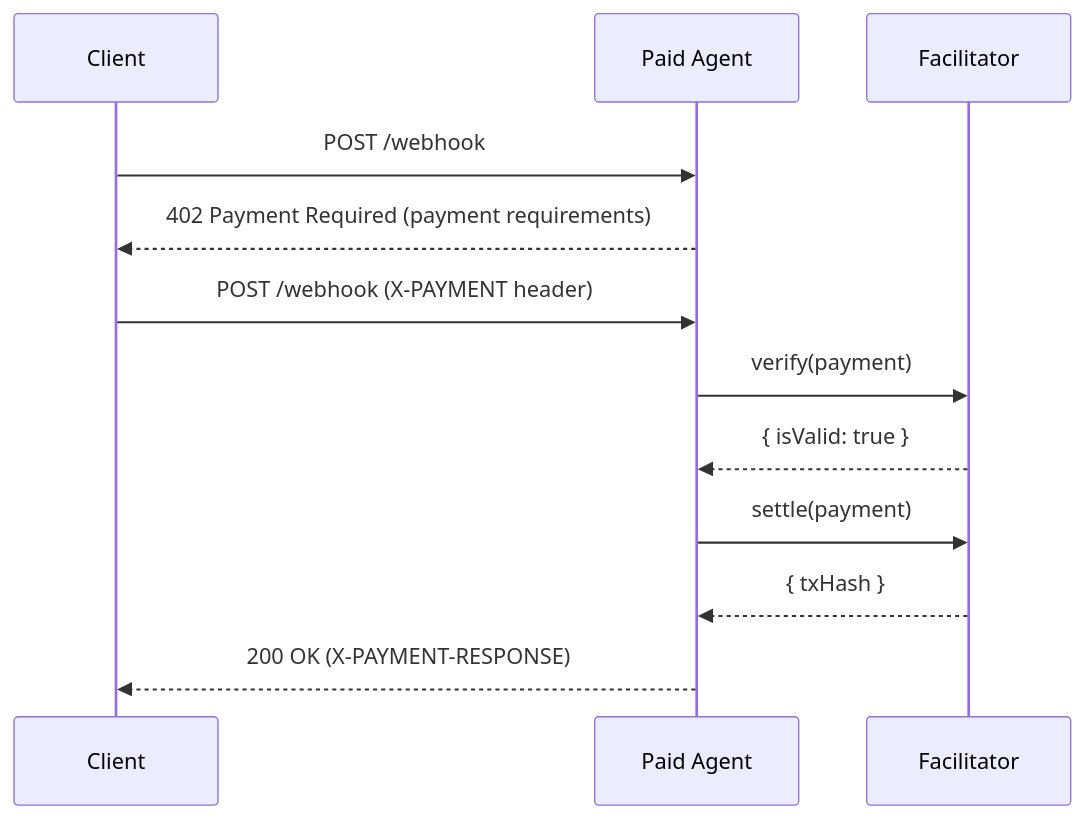
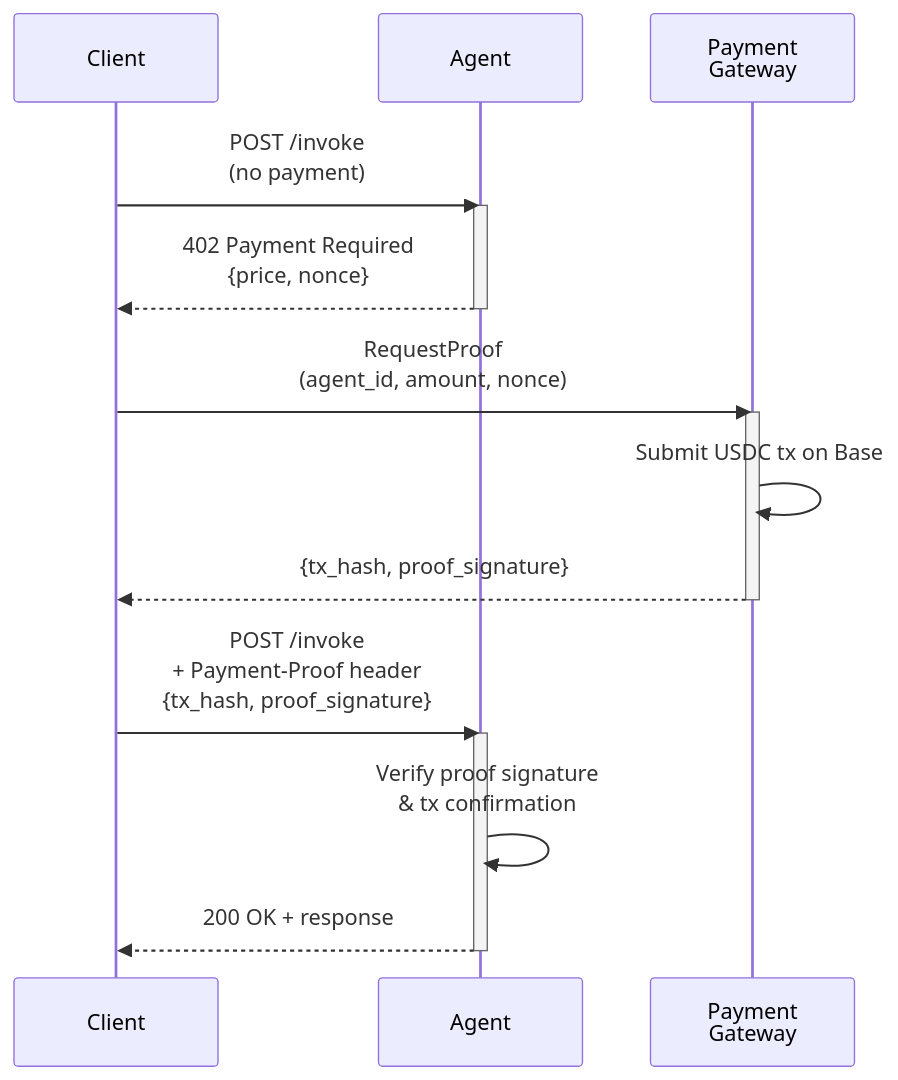
The second of 2 diagrams in guide/architecture.md (zyndai/docs), drawn with Mermaid before and after one commit. The commit also changed other lines of this file and 35 other files, not shown here.

First line of the commit message:
Rewrite docs for new decentralized architecture

````diff
--- a/guide/architecture.md
+++ b/guide/architecture.md
@@ -48,15 +233,23 @@
 ```mermaid
 sequenceDiagram
-    participant C as Client
-    participant A as Paid Agent
-    participant F as Facilitator
+    participant Client
+    participant Agent
+    participant PaymentGateway as Payment<br/>Gateway
 
-    C->>A: POST /webhook
-    A-->>C: 402 Payment Required (payment requirements)
-    C->>A: POST /webhook (X-PAYMENT header)
-    A->>F: verify(payment)
-    F-->>A: { isValid: true }
-    A->>F: settle(payment)
-    F-->>A: { txHash }
-    A-->>C: 200 OK (X-PAYMENT-RESPONSE)
+    Client->>Agent: POST /invoke<br/>(no payment)
+    activate Agent
+    Agent-->>Client: 402 Payment Required<br/>{price, nonce}
+    deactivate Agent
+
+    Client->>PaymentGateway: RequestProof<br/>(agent_id, amount, nonce)
+    activate PaymentGateway
+    PaymentGateway->>PaymentGateway: Submit USDC tx on Base
+    PaymentGateway-->>Client: {tx_hash, proof_signature}
+    deactivate PaymentGateway
+
+    Client->>Agent: POST /invoke<br/>+ Payment-Proof header<br/>{tx_hash, proof_signature}
+    activate Agent
+    Agent->>Agent: Verify proof signature<br/>& tx confirmation
+    Agent-->>Client: 200 OK + response
+    deactivate Agent
 ```
````
